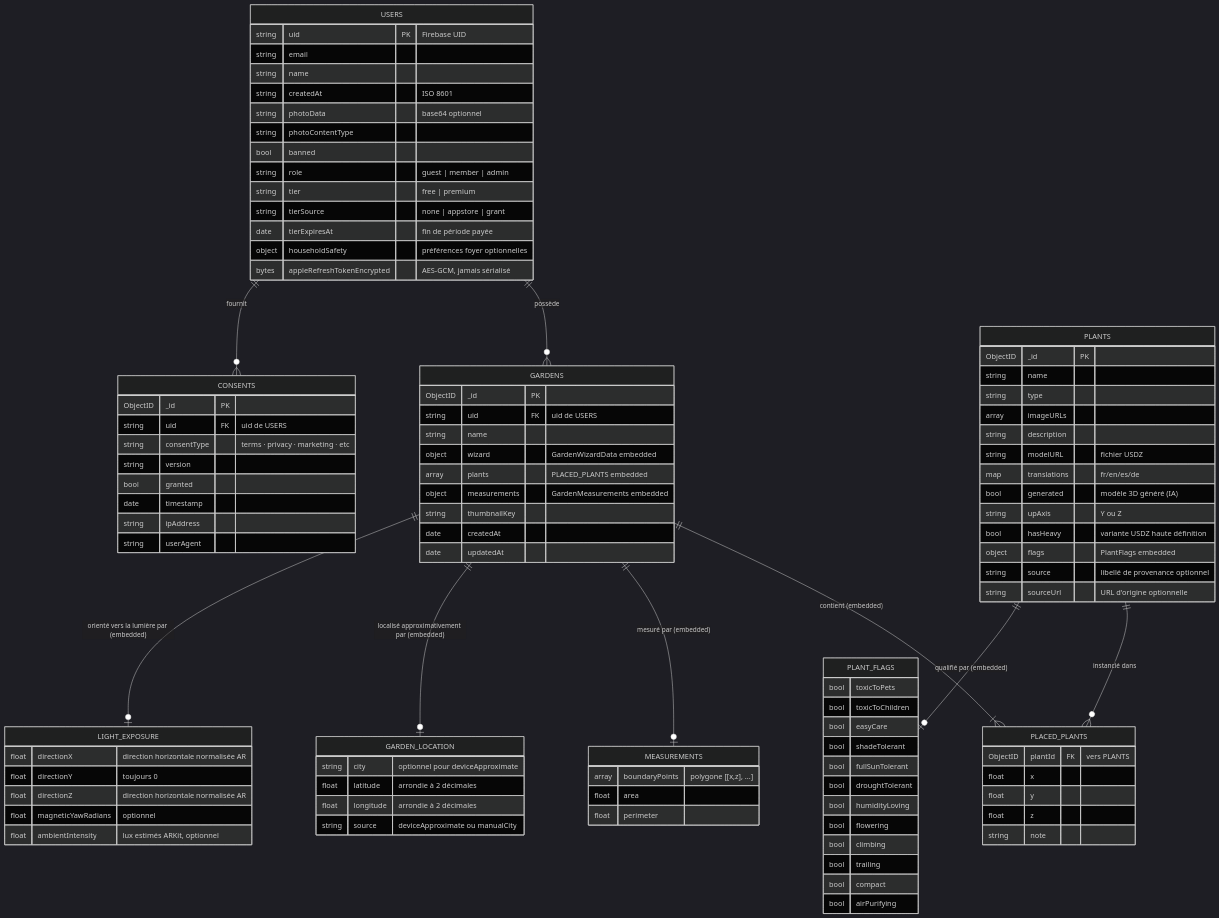
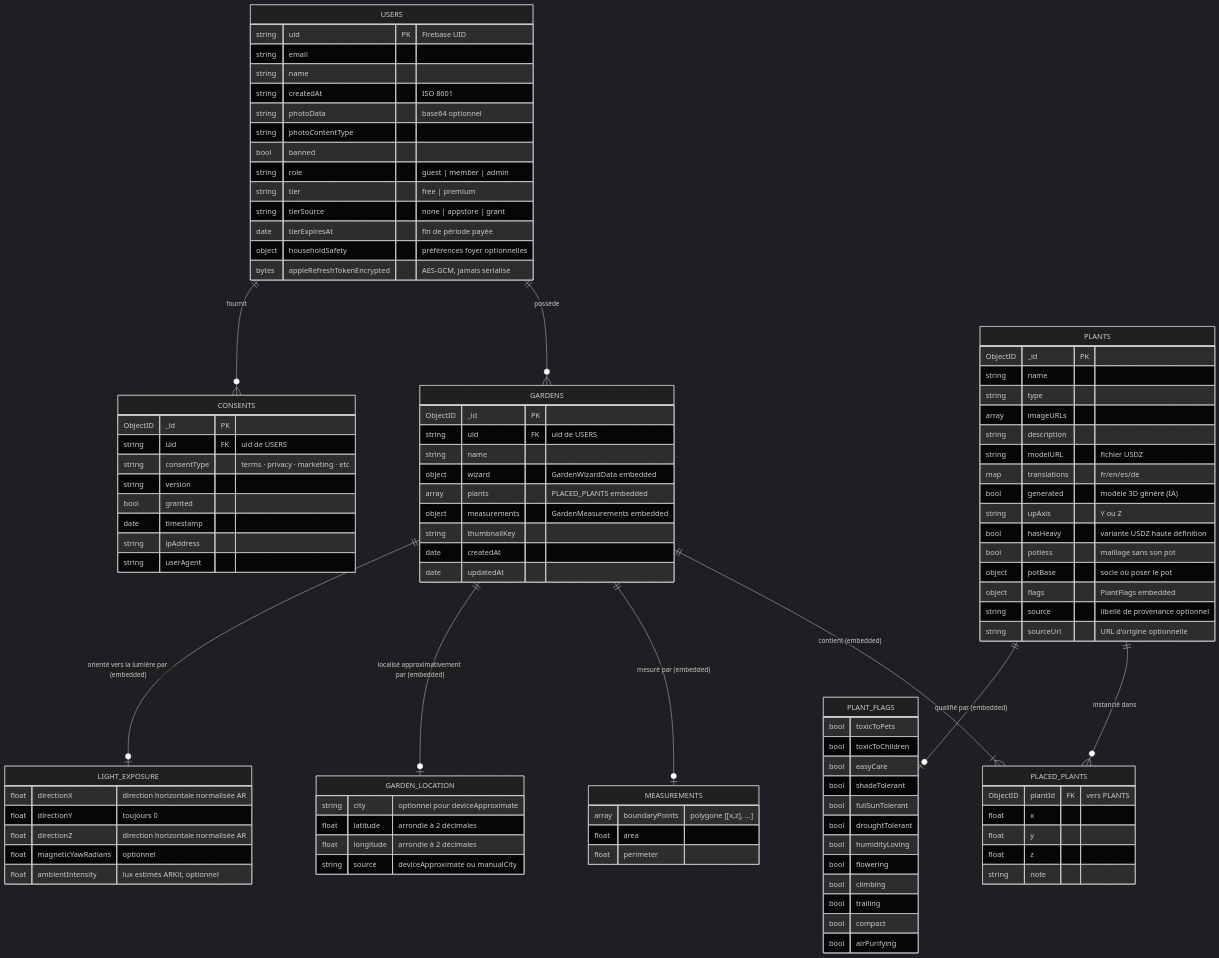
One commit to ArboreTeam/Arbore changed the diagram in docs/fr/architecture/04-data-model.md. Above: the diagram before and after it, drawn with Mermaid (dark theme). The commit also changed other lines of this file and 6 other files, not shown here.

```diff
--- a/docs/fr/architecture/04-data-model.md
+++ b/docs/fr/architecture/04-data-model.md
@@ -46,6 +46,8 @@
         bool   generated "modèle 3D généré (IA)"
         string upAxis "Y ou Z"
         bool   hasHeavy "variante USDZ haute définition"
+        bool   potless "maillage sans son pot"
+        object potBase "socle où poser le pot"
         object flags "PlantFlags embedded"
         string source "libellé de provenance optionnel"
         string sourceUrl "URL d'origine optionnelle"
```
